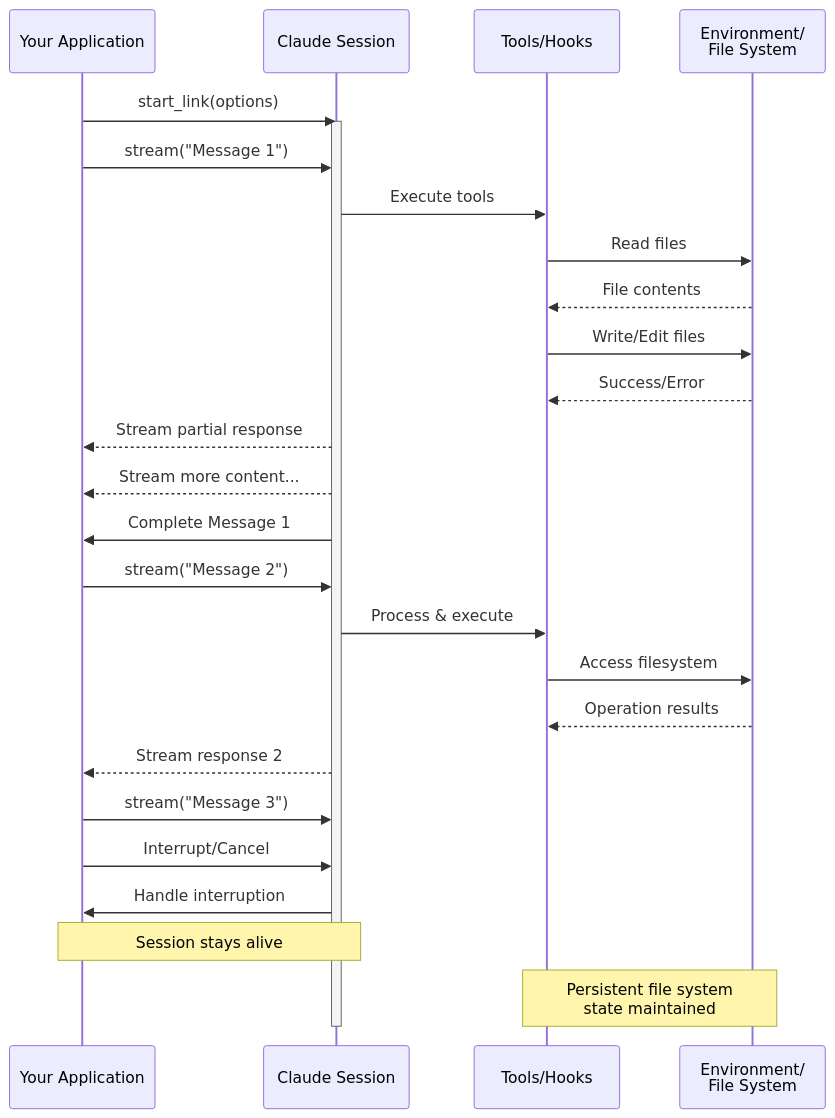
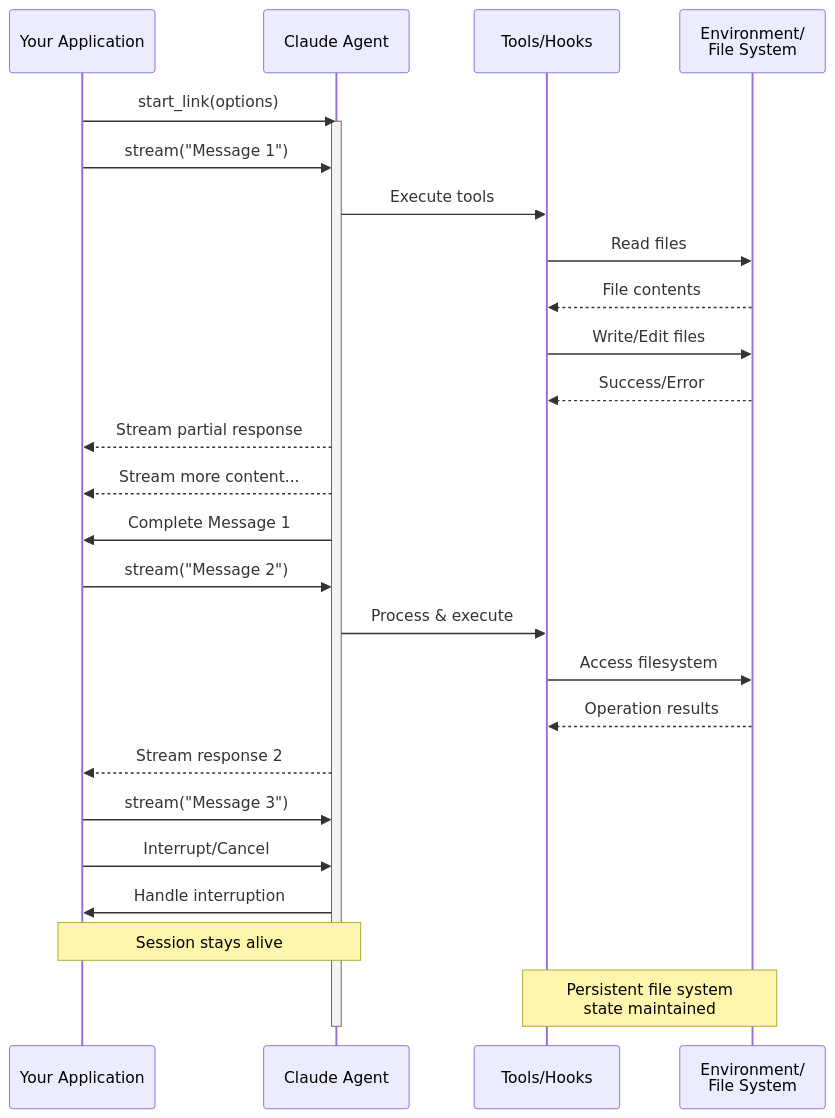
Before and after one commit to guess/claude_code: the diagram in docs/guides/streaming-vs-single-mode.md, drawn with Mermaid. The commit also changed other lines of this file and 19 other files, not shown here.

````diff
--- a/docs/guides/streaming-vs-single-mode.md
+++ b/docs/guides/streaming-vs-single-mode.md
@@ -26,35 +26,35 @@
 ```mermaid
 sequenceDiagram
     participant App as Your Application
-    participant Session as Claude Session
+    participant Agent as Claude Agent
     participant Tools as Tools/Hooks
     participant FS as Environment/<br/>File System
 
-    App->>Session: start_link(options)
-    activate Session
+    App->>Agent: start_link(options)
+    activate Agent
 
-    App->>Session: stream("Message 1")
-    Session->>Tools: Execute tools
+    App->>Agent: stream("Message 1")
+    Agent->>Tools: Execute tools
     Tools->>FS: Read files
     FS-->>Tools: File contents
     Tools->>FS: Write/Edit files
     FS-->>Tools: Success/Error
-    Session-->>App: Stream partial response
-    Session-->>App: Stream more content...
-    Session->>App: Complete Message 1
+    Agent-->>App: Stream partial response
+    Agent-->>App: Stream more content...
+    Agent->>App: Complete Message 1
 
-    App->>Session: stream("Message 2")
-    Session->>Tools: Process & execute
+    App->>Agent: stream("Message 2")
+    Agent->>Tools: Process & execute
     Tools->>FS: Access filesystem
     FS-->>Tools: Operation results
-    Session-->>App: Stream response 2
+    Agent-->>App: Stream response 2
 
-    App->>Session: stream("Message 3")
-    App->>Session: Interrupt/Cancel
-    Session->>App: Handle interruption
+    App->>Agent: stream("Message 3")
+    App->>Agent: Interrupt/Cancel
+    Agent->>App: Handle interruption
 
-    Note over App,Session: Session stays alive
+    Note over App,Agent: Session stays alive
     Note over Tools,FS: Persistent file system<br/>state maintained
 
-    deactivate Session
+    deactivate Agent
 ```
````
